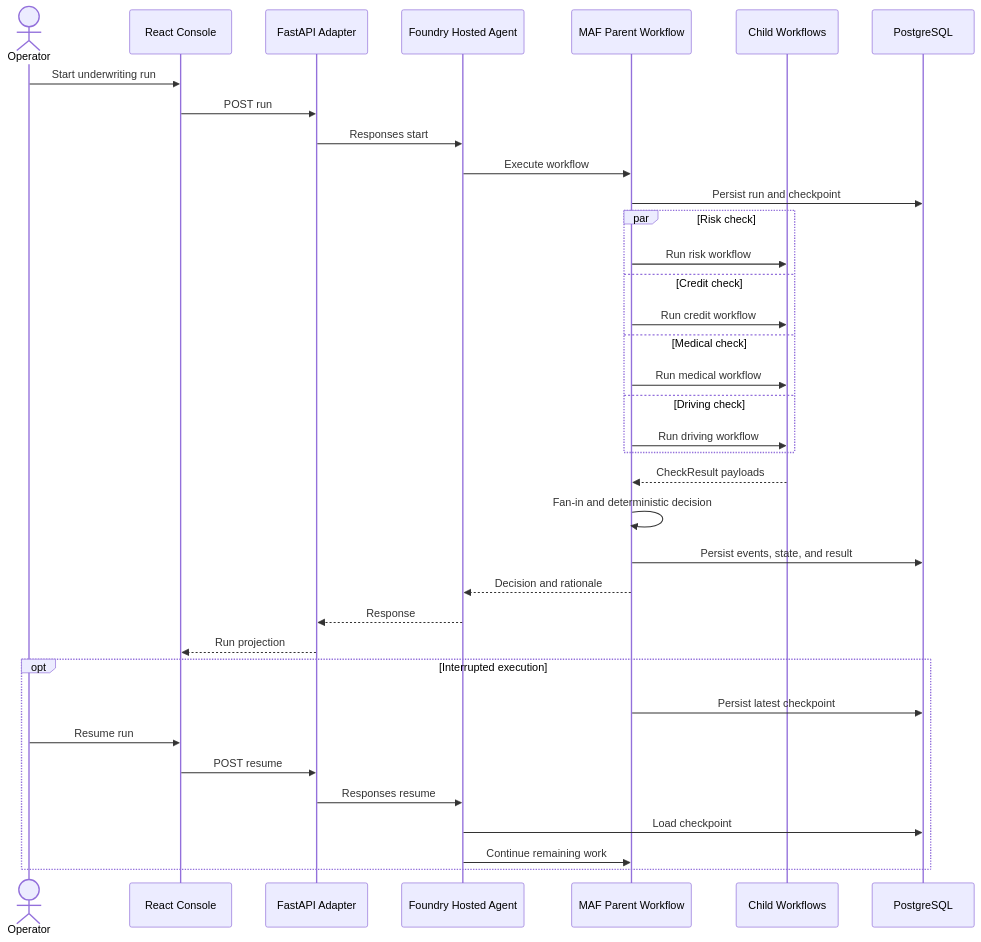
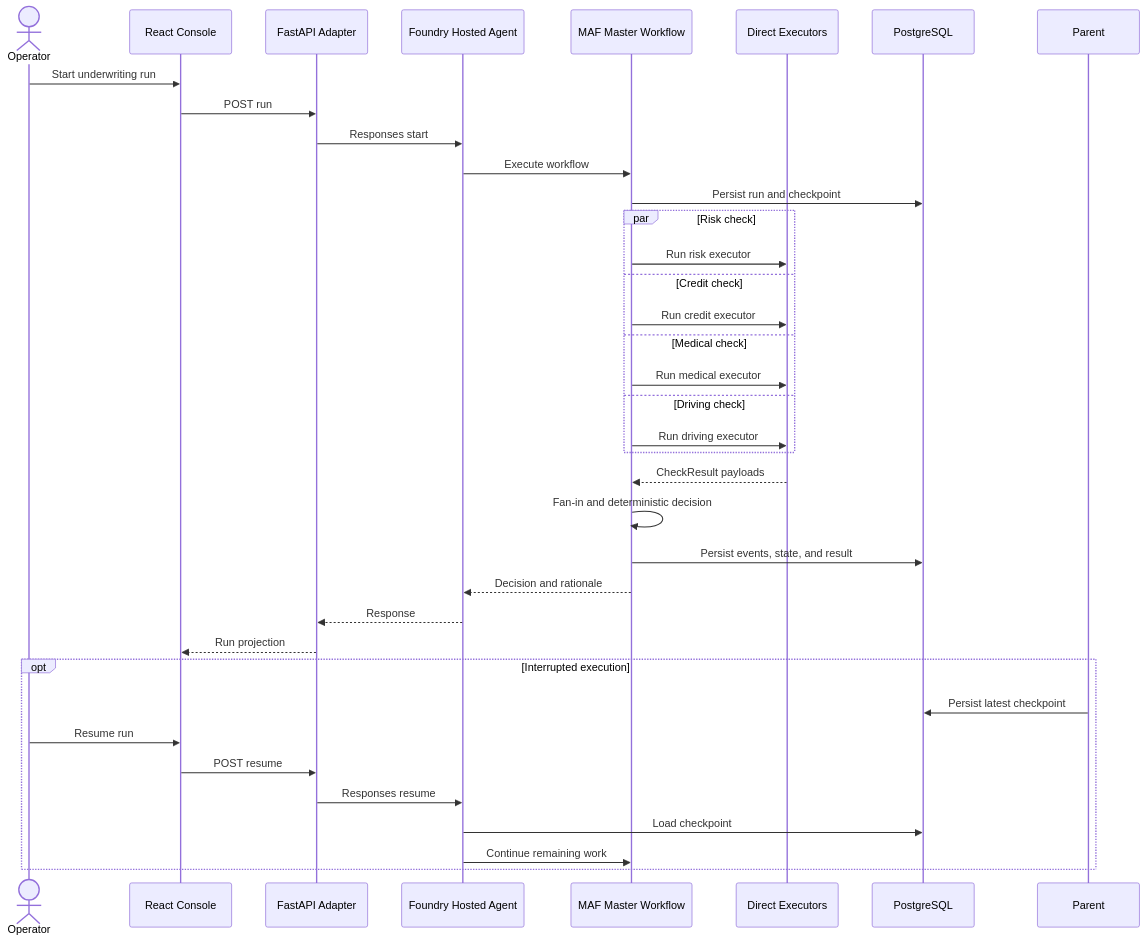
One commit to ppenumatsa1/maf-monorepo changed the second of 4 diagrams in agents/underwriting/foundry-public/docs/design/architecture.md. Above: the diagram before and after it, drawn with Mermaid. The commit also changed other lines of this file and 30 other files, not shown here.

First line of the commit message:
refactor(underwriting): flatten Foundry workflow into direct master executors

````diff
--- a/agents/underwriting/foundry-public/docs/design/architecture.md
+++ b/agents/underwriting/foundry-public/docs/design/architecture.md
@@ -77,40 +77,40 @@
 ```mermaid
 sequenceDiagram
   actor Operator
   participant UI as React Console
   participant API as FastAPI Adapter
   participant Host as Foundry Hosted Agent
-  participant Parent as MAF Parent Workflow
-  participant Checks as Child Workflows
+  participant Master as MAF Master Workflow
+  participant Checks as Direct Executors
   participant DB as PostgreSQL
 
   Operator->>UI: Start underwriting run
   UI->>API: POST run
   API->>Host: Responses start
-  Host->>Parent: Execute workflow
-  Parent->>DB: Persist run and checkpoint
+  Host->>Master: Execute workflow
+  Master->>DB: Persist run and checkpoint
   par Risk check
-    Parent->>Checks: Run risk workflow
+    Master->>Checks: Run risk executor
   and Credit check
-    Parent->>Checks: Run credit workflow
+    Master->>Checks: Run credit executor
   and Medical check
-    Parent->>Checks: Run medical workflow
+    Master->>Checks: Run medical executor
   and Driving check
-    Parent->>Checks: Run driving workflow
+    Master->>Checks: Run driving executor
   end
-  Checks-->>Parent: CheckResult payloads
-  Parent->>Parent: Fan-in and deterministic decision
-  Parent->>DB: Persist events, state, and result
-  Parent-->>Host: Decision and rationale
+  Checks-->>Master: CheckResult payloads
+  Master->>Master: Fan-in and deterministic decision
+  Master->>DB: Persist events, state, and result
+  Master-->>Host: Decision and rationale
   Host-->>API: Response
   API-->>UI: Run projection
 
   opt Interrupted execution
     Parent->>DB: Persist latest checkpoint
     Operator->>UI: Resume run
     UI->>API: POST resume
     API->>Host: Responses resume
     Host->>DB: Load checkpoint
-    Host->>Parent: Continue remaining work
+    Host->>Master: Continue remaining work
   end
 ```
````
